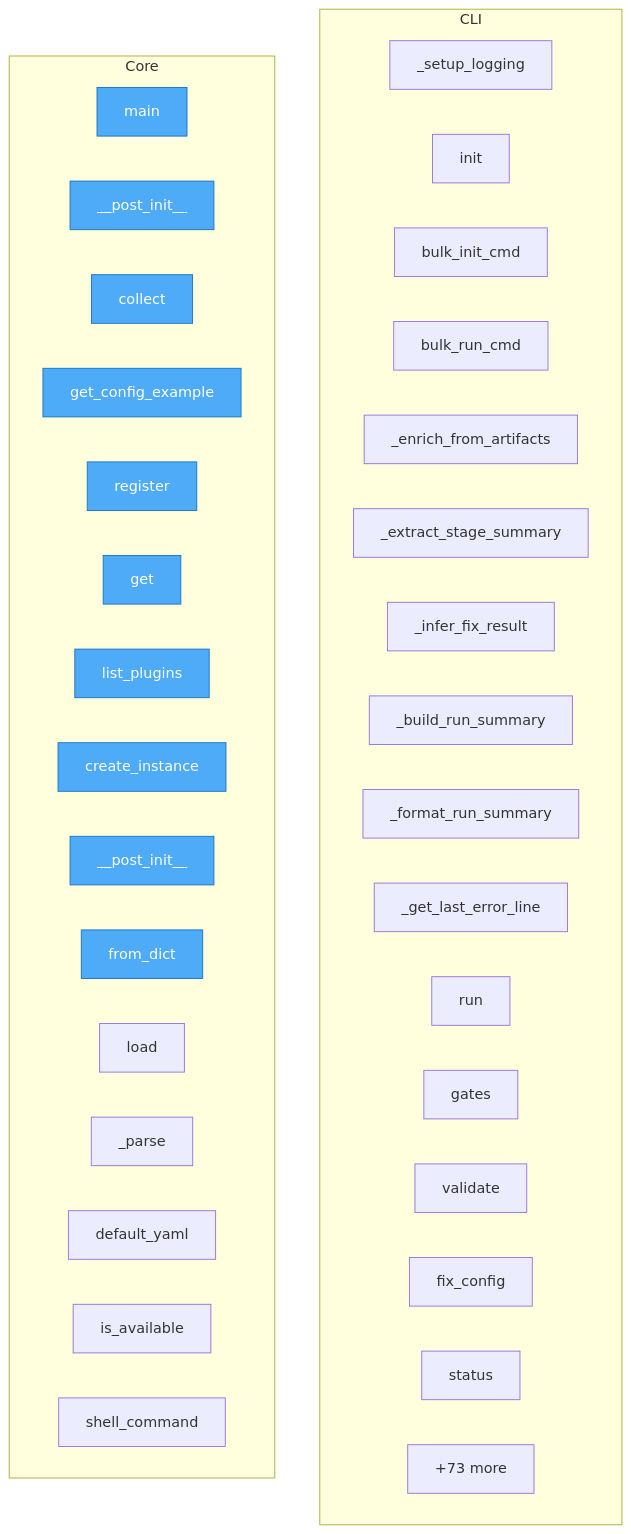
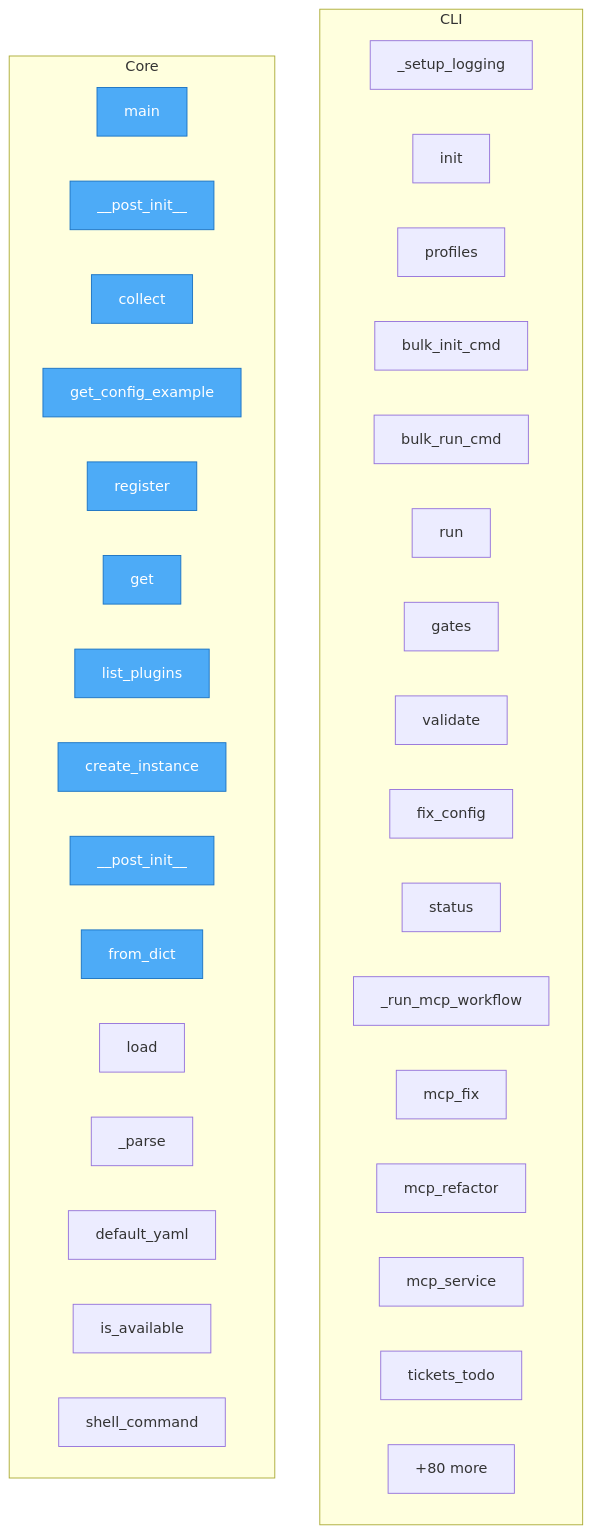
The diagram in project/flow.mmd (semcod/pyqual), drawn with Mermaid before and after one commit. The commit also changed 112 other files, not shown here.

```diff
--- a/project/flow.mmd
+++ b/project/flow.mmd
@@ -1,44 +1,44 @@
 flowchart TD
 
     %% Entry points (blue)
     classDef entry fill:#4dabf7,stroke:#1971c2,color:#fff
 
     subgraph CLI
         pyqual__cli___setup_logging["_setup_logging"]
         pyqual__cli__init["init"]
+        pyqual__cli__profiles["profiles"]
         pyqual__cli__bulk_init_cmd["bulk_init_cmd"]
         pyqual__cli__bulk_run_cmd["bulk_run_cmd"]
-        pyqual__cli___enrich_from_artifacts["_enrich_from_artifacts"]
-        pyqual__cli___extract_stage_summary["_extract_stage_summary"]
-        pyqual__cli___infer_fix_result["_infer_fix_result"]
-        pyqual__cli___build_run_summary["_build_run_summary"]
-        pyqual__cli___format_run_summary["_format_run_summary"]
-        pyqual__cli___get_last_error_line["_get_last_error_line"]
         pyqual__cli__run["run"]
         pyqual__cli__gates["gates"]
         pyqual__cli__validate["validate"]
         pyqual__cli__fix_config["fix_config"]
         pyqual__cli__status["status"]
-        ...["+31 more"]
+        pyqual__cli___run_mcp_workflow["_run_mcp_workflow"]
+        pyqual__cli__mcp_fix["mcp_fix"]
+        pyqual__cli__mcp_refactor["mcp_refactor"]
+        pyqual__cli__mcp_service["mcp_service"]
+        pyqual__cli__tickets_todo["tickets_todo"]
+        ...["+32 more"]
     end
 
     subgraph Core
         run_analysis__main["main"]
         pyqual__plugins__PluginMetadata____post_init__["__post_init__"]
         pyqual__plugins__MetricCollector__collect["collect"]
         pyqual__plugins__MetricCollector__get_config_example["get_config_example"]
         pyqual__plugins__PluginRegistry__register["register"]
         pyqual__plugins__PluginRegistry__get["get"]
         pyqual__plugins__PluginRegistry__list_plugins["list_plugins"]
         pyqual__plugins__PluginRegistry__create_instance["create_instance"]
         pyqual__config__StageConfig____post_init__["__post_init__"]
         pyqual__config__GateConfig__from_dict["from_dict"]
         pyqual__config__PyqualConfig__load["load"]
         pyqual__config__PyqualConfig___parse["_parse"]
         pyqual__config__PyqualConfig__default_yaml["default_yaml"]
         pyqual__tools__ToolPreset__is_available["is_available"]
         pyqual__tools__ToolPreset__shell_command["shell_command"]
-        ...["+73 more"]
+        ...["+80 more"]
     end
 
     class run_analysis__main,pyqual__plugins__PluginMetadata____post_init__,pyqual__plugins__MetricCollector__collect,pyqual__plugins__MetricCollector__get_config_example,pyqual__plugins__PluginRegistry__register,pyqual__plugins__PluginRegistry__get,pyqual__plugins__PluginRegistry__list_plugins,pyqual__plugins__PluginRegistry__create_instance,pyqual__config__StageConfig____post_init__,pyqual__config__GateConfig__from_dict entry
```
